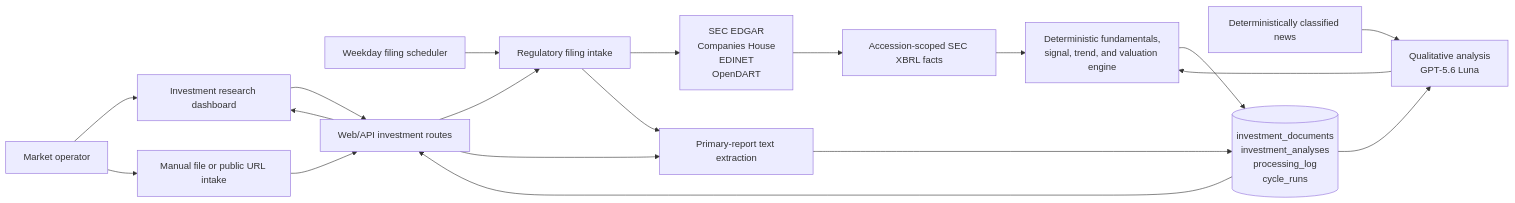
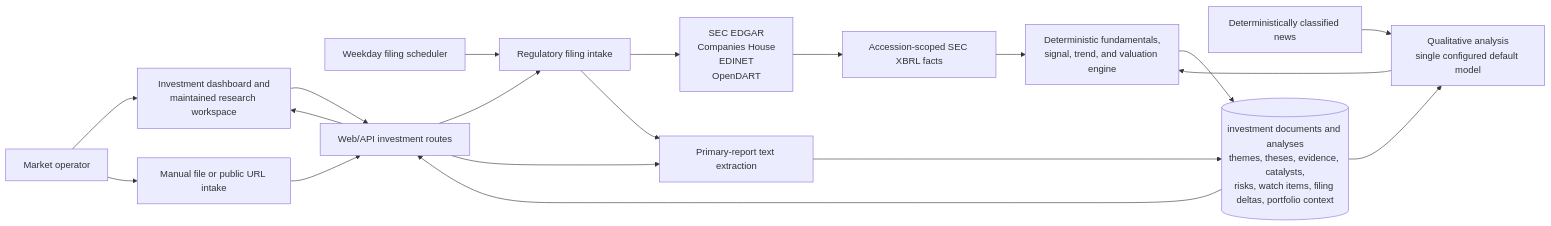
One commit to cpu23/trading-data-platform changed the diagram in docs/investment-research.md. Above: the diagram before and after it, drawn with Mermaid. The commit also changed other lines of this file and 173 other files, not shown here.

````diff
--- a/docs/investment-research.md
+++ b/docs/investment-research.md
@@ -20,28 +20,28 @@
 ```mermaid
 flowchart LR
     Operator["Market operator"]
     Scheduler["Weekday filing scheduler"]
     API["Web/API investment routes"]
     Filing["Regulatory filing intake"]
     Manual["Manual file or public URL intake"]
     Regulators["SEC EDGAR<br/>Companies House<br/>EDINET<br/>OpenDART"]
     Extract["Primary-report text extraction"]
     XBRL["Accession-scoped SEC XBRL facts"]
-    LLM["Qualitative analysis<br/>GPT-5.6 Luna"]
+    LLM["Qualitative analysis<br/>single configured default model"]
     Rules["Deterministic fundamentals,<br/>signal, trend, and valuation engine"]
     News["Deterministically classified news"]
-    DB[("investment_documents<br/>investment_analyses<br/>processing_log<br/>cycle_runs")]
-    UI["Investment research dashboard"]
+    DB[("investment documents and analyses<br/>themes, theses, evidence, catalysts,<br/>risks, watch items, filing deltas, portfolio context")]
+    UI["Investment dashboard and<br/>maintained research workspace"]
 
     Operator --> UI --> API
     Operator --> Manual --> API
     Scheduler --> Filing
     API --> Filing --> Regulators
     Filing --> Extract
     API --> Extract --> DB
     Regulators --> XBRL --> Rules
     DB --> LLM
     News --> LLM
     LLM --> Rules --> DB
     DB --> API --> UI
 ```
````
